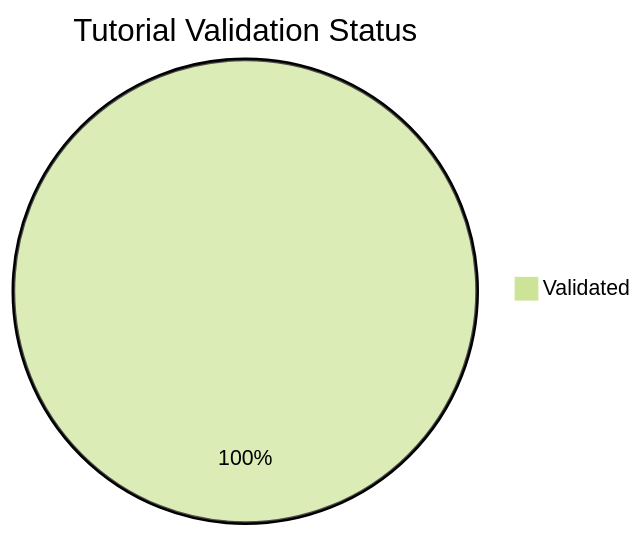
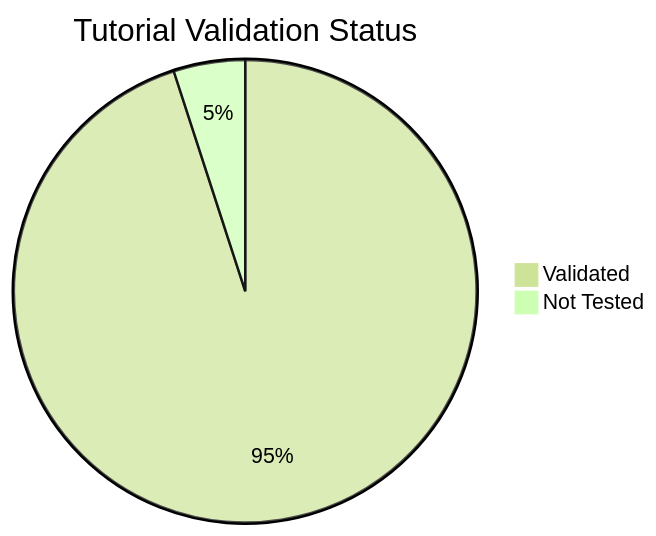
Before and after one commit to yeongseon/azure-functions-practical-guide: the diagram in docs/reference/validation-status.md, drawn with Mermaid (forest theme). The commit also changed other lines of this file and 6 other files, not shown here.

````diff
--- a/docs/reference/validation-status.md
+++ b/docs/reference/validation-status.md
@@ -26,4 +17,5 @@
 ```mermaid
 pie title Tutorial Validation Status
-    "Validated" : 112
+    "Validated" : 114
+    "Not Tested" : 6
 ```
````
